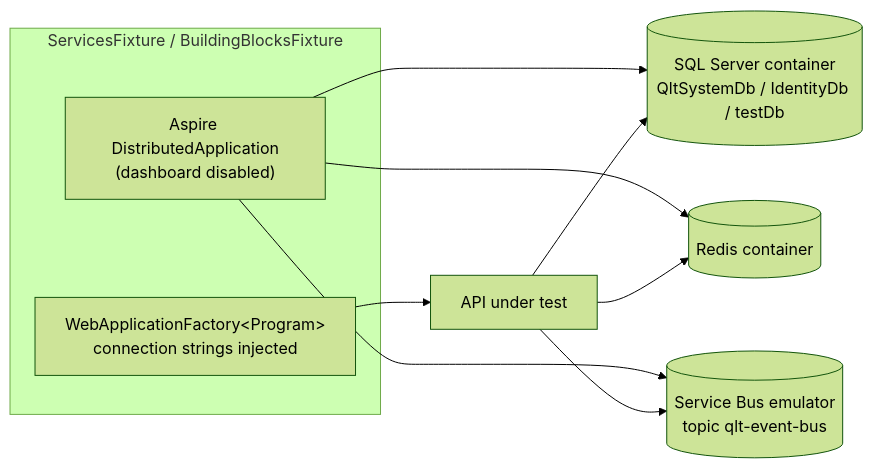
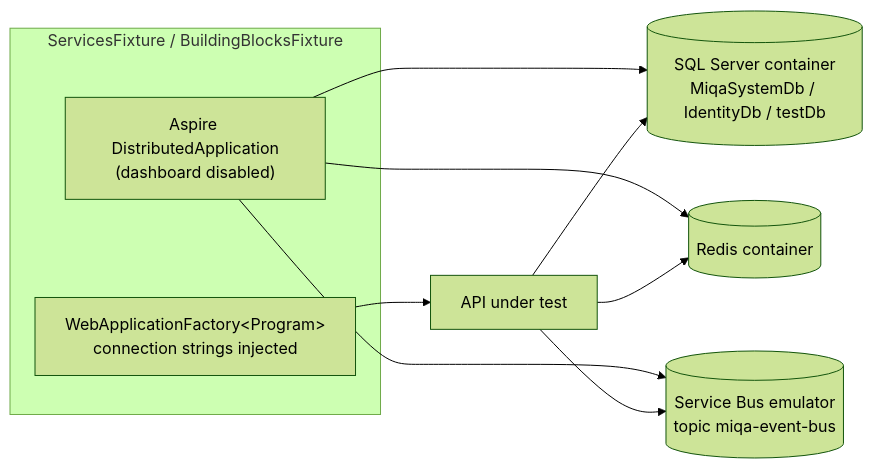
The second of 2 diagrams in docs/developer-guide/04-testing.md (miquelalcaraz/Labs.ServicePlatform), drawn with Mermaid (forest theme) before and after one commit. The commit also changed other lines of this file and 1114 other files, not shown here.

Commit message:
refactor: rename namespaces from Qlt to Miqa

````diff
--- a/docs/developer-guide/04-testing.md
+++ b/docs/developer-guide/04-testing.md
@@ -112,12 +112,12 @@
 ```mermaid
 flowchart LR
     subgraph FX["ServicesFixture / BuildingBlocksFixture"]
         ASP["Aspire DistributedApplication<br/>(dashboard disabled)"]
         WAF["WebApplicationFactory#lt;Program#gt;<br/>connection strings injected"]
     end
-    ASP --> SQL[("SQL Server container<br/>QltSystemDb / IdentityDb / testDb")]
+    ASP --> SQL[("SQL Server container<br/>MiqaSystemDb / IdentityDb / testDb")]
     ASP --> RED[("Redis container")]
-    ASP --> SB[("Service Bus emulator<br/>topic qlt-event-bus")]
+    ASP --> SB[("Service Bus emulator<br/>topic miqa-event-bus")]
     WAF --> HOST["API under test"]
     HOST --> SQL & RED & SB
 ```
````
